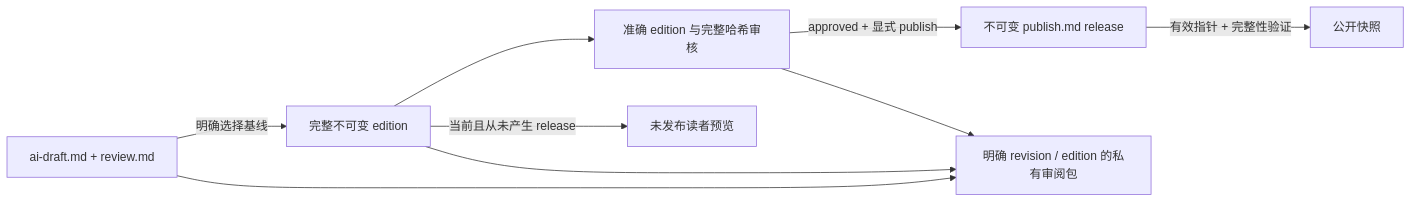
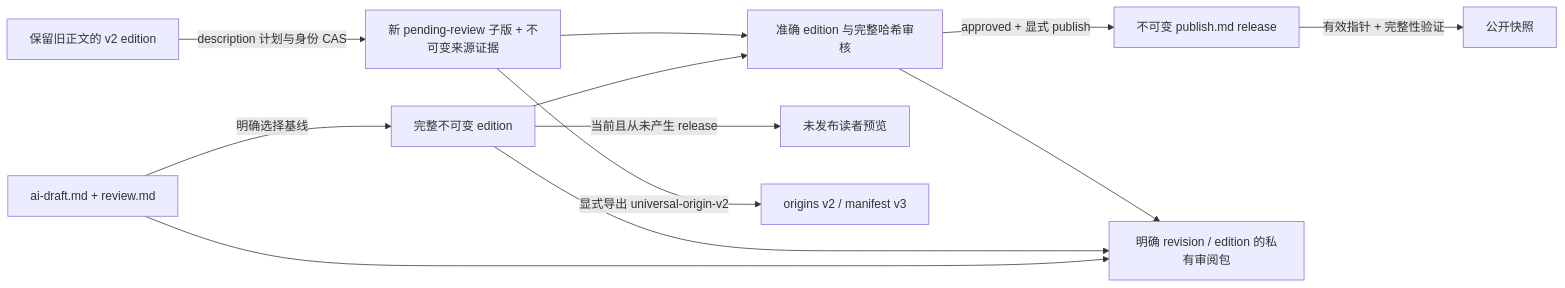
One commit to SuperCatQR/bilibili-asr-archive changed the diagram in docs/ai-proofreading-architecture.md. Above: the diagram before and after it, drawn with Mermaid. The commit also changed other lines of this file and 105 other files, not shown here.

First line of the commit message:
docs: refresh architecture diagrams for source metadata migration

````diff
--- a/docs/ai-proofreading-architecture.md
+++ b/docs/ai-proofreading-architecture.md
@@ -78,11 +78,14 @@
 ```mermaid
 flowchart LR
   ai[ai-draft.md + review.md] -->|明确选择基线| edition[完整不可变 edition]
   edition --> review[准确 edition 与完整哈希审核]
   review -->|approved + 显式 publish| release[不可变 publish.md release]
   release -->|有效指针 + 完整性验证| public[公开快照]
   edition -->|当前且从未产生 release| preview[未发布读者预览]
   ai --> private[明确 revision / edition 的私有审阅包]
   edition --> private
   review --> private
+  old[保留旧正文的 v2 edition] -->|description 计划与身份 CAS| supplemented[新 pending-review 子版 + 不可变来源证据]
+  supplemented --> review
+  supplemented -->|显式导出 universal-origin-v2| origin[origins v2 / manifest v3]
 ```
````
